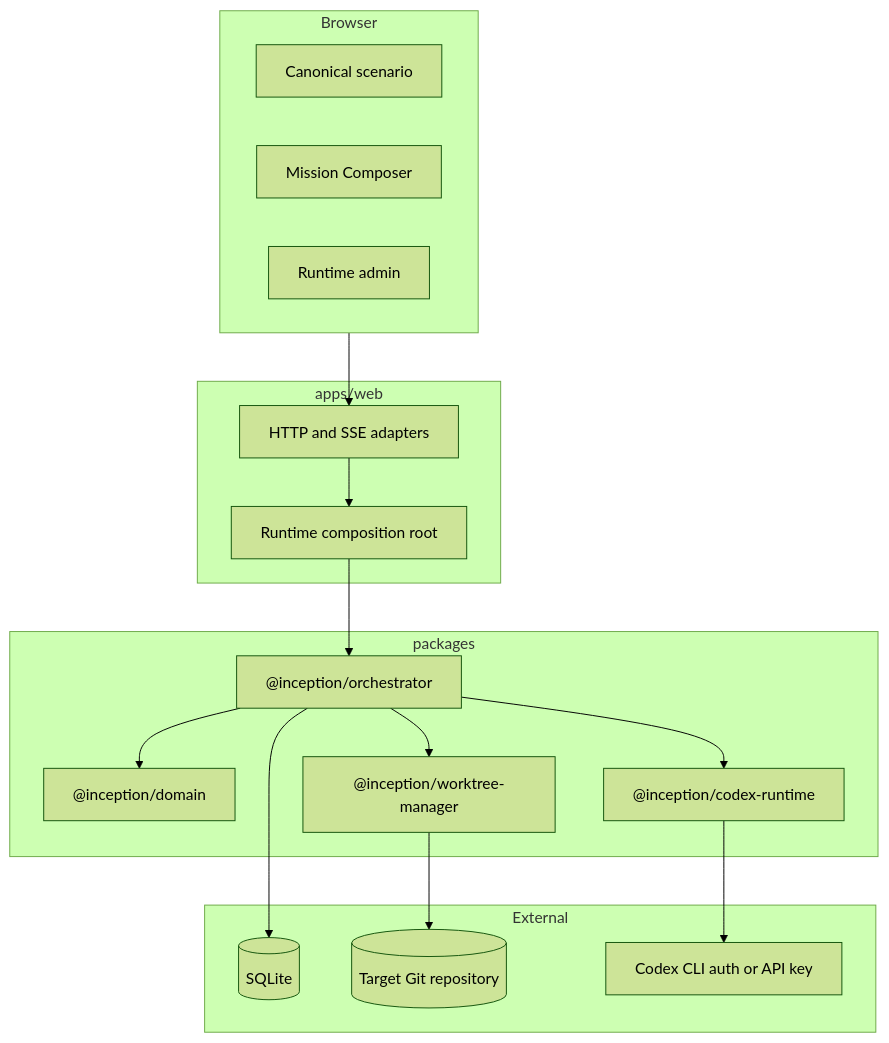
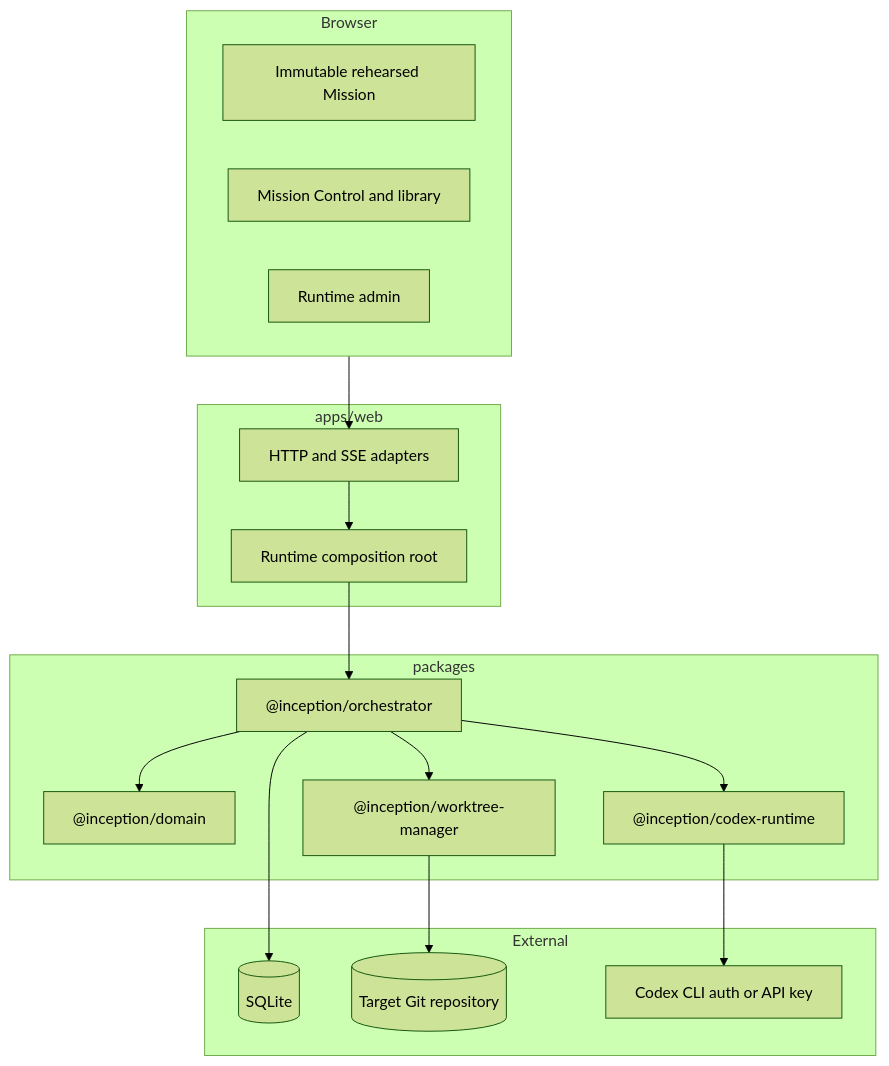
One commit to alangunning/inception-reality-engine changed the second of 3 diagrams in docs/ARCHITECTURE.md. Above: the diagram before and after it, drawn with Mermaid (forest theme). The commit also changed other lines of this file and 24 other files, not shown here.

Commit message:
feat: unify Mission library navigation

````diff
--- a/docs/ARCHITECTURE.md
+++ b/docs/ARCHITECTURE.md
@@ -32,29 +32,29 @@
 ```mermaid
 flowchart TB
   subgraph Browser
-    Canonical[Canonical scenario]
-    Composer[Mission Composer]
+    Canonical[Immutable rehearsed Mission]
+    Composer[Mission Control and library]
     Admin[Runtime admin]
   end
   subgraph apps/web
     Routes[HTTP and SSE adapters]
     Wiring[Runtime composition root]
   end
   subgraph packages
     Domain["@inception/domain"]
     Orchestrator["@inception/orchestrator"]
     Codex["@inception/codex-runtime"]
     Git["@inception/worktree-manager"]
   end
   subgraph External
     SQLite[(SQLite)]
     Repo[(Target Git repository)]
     OpenAI[Codex CLI auth or API key]
   end
   Browser --> Routes --> Wiring
   Wiring --> Orchestrator
   Orchestrator --> Domain
   Orchestrator --> Codex --> OpenAI
   Orchestrator --> Git --> Repo
   Orchestrator --> SQLite
 ```
````
